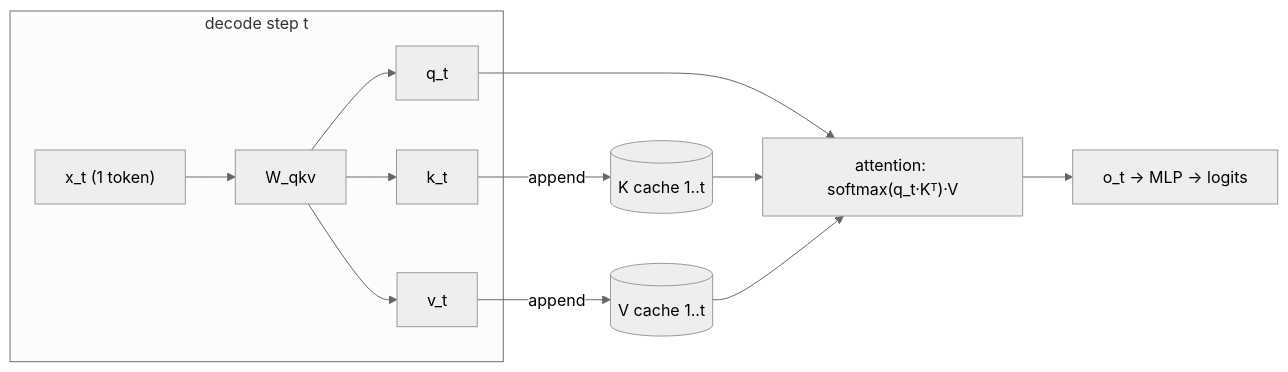
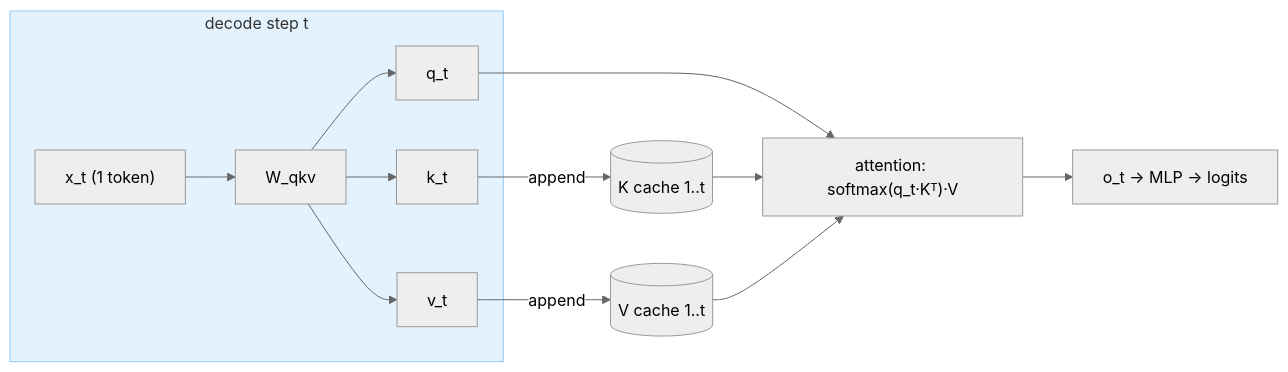
One commit to maitreyasuin/blog changed the diagram in posts/kv-cache/index.qmd. Above: the diagram before and after it, drawn with Mermaid (neutral theme). The commit also changed other lines of this file and 3 other files, not shown here.

````diff
--- a/posts/kv-cache/index.qmd
+++ b/posts/kv-cache/index.qmd
@@ -96,15 +74,16 @@
 ```{mermaid}
 flowchart LR
     subgraph step["decode step t"]
         x["x_t (1 token)"] --> qkv["W_qkv"]
         qkv --> q["q_t"]
         qkv --> k["k_t"]
         qkv --> v["v_t"]
     end
+    style step fill:#e3f2fd,stroke:#90caf9,stroke-width:1px
     k -->|append| K[("K cache 1..t")]
     v -->|append| V[("V cache 1..t")]
     q --> att["attention: softmax(q_t·Kᵀ)·V"]
     K --> att
     V --> att
     att --> out["o_t → MLP → logits"]
 ```
````
